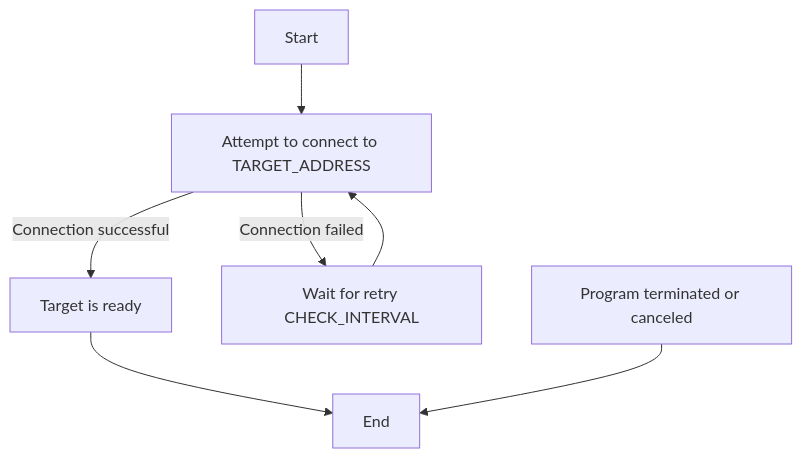
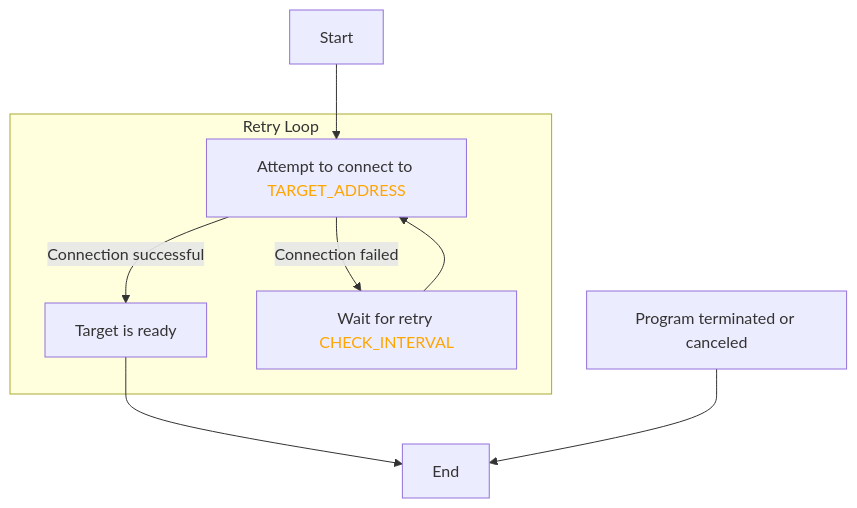
The second of 2 diagrams in README.md (containeroo/portpatrol), drawn with Mermaid before and after one commit. The commit also changed other lines of this file, not shown here.

Commit message:
docs: update mermaid diagrams

````diff
--- a/README.md
+++ b/README.md
@@ -71,9 +78,13 @@
 ```mermaid
 graph TD;
-    A[Start] --> B[Attempt to connect to TARGET_ADDRESS];
-    B -->|Connection successful| C[Target is ready];
-    B -->|Connection failed| D[Wait for retry CHECK_INTERVAL];
-    D --> B;
+    A[Start] --> B[Attempt to connect to <font color=orange>TARGET_ADDRESS</font>];
+
+    subgraph Retry Loop
+        B -->|Connection successful| C[Target is ready];
+        B -->|Connection failed| D[Wait for retry <font color=orange>CHECK_INTERVAL</font>];
+        D --> B;
+    end
+
     C --> E[End];
     F[Program terminated or canceled] --> E;
 ```
````
